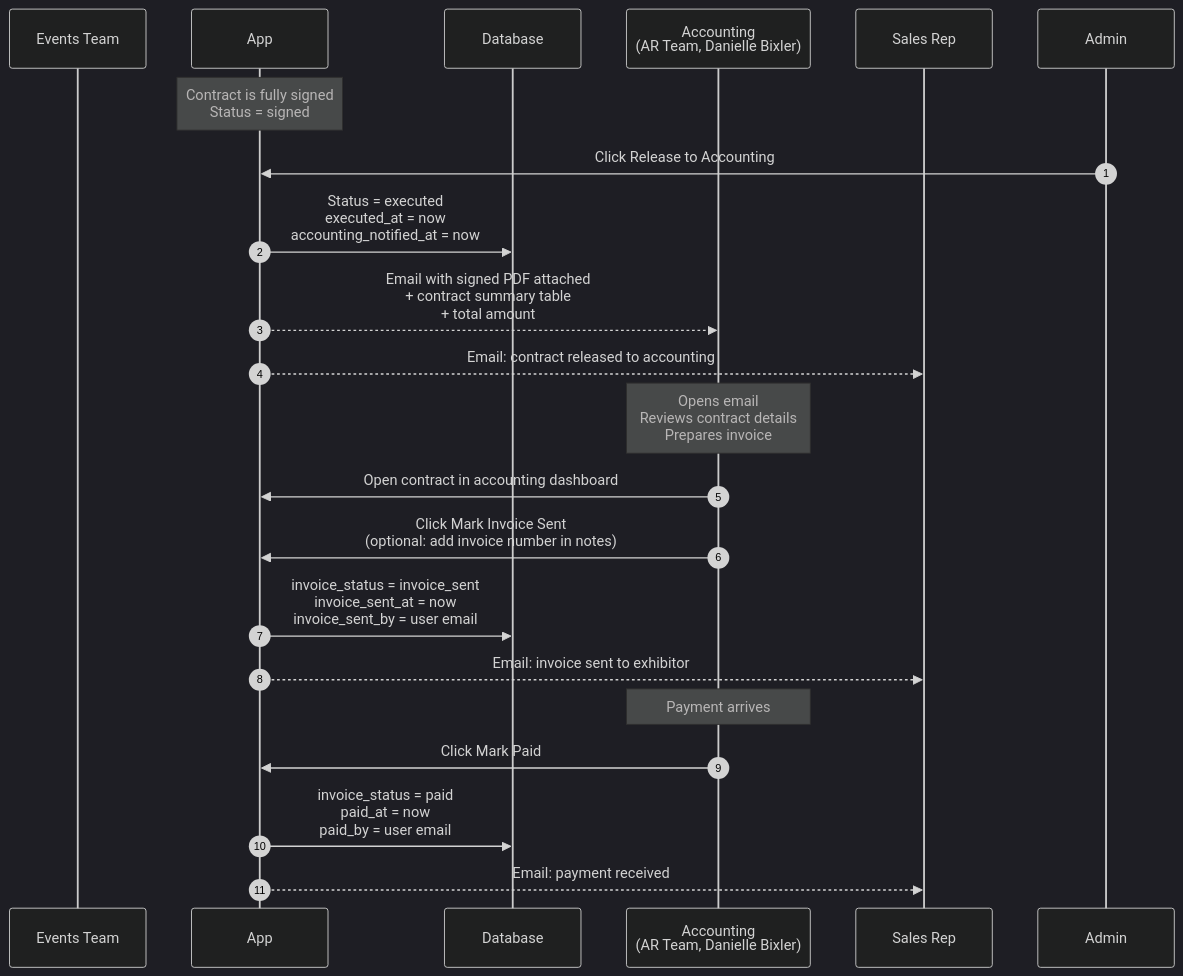
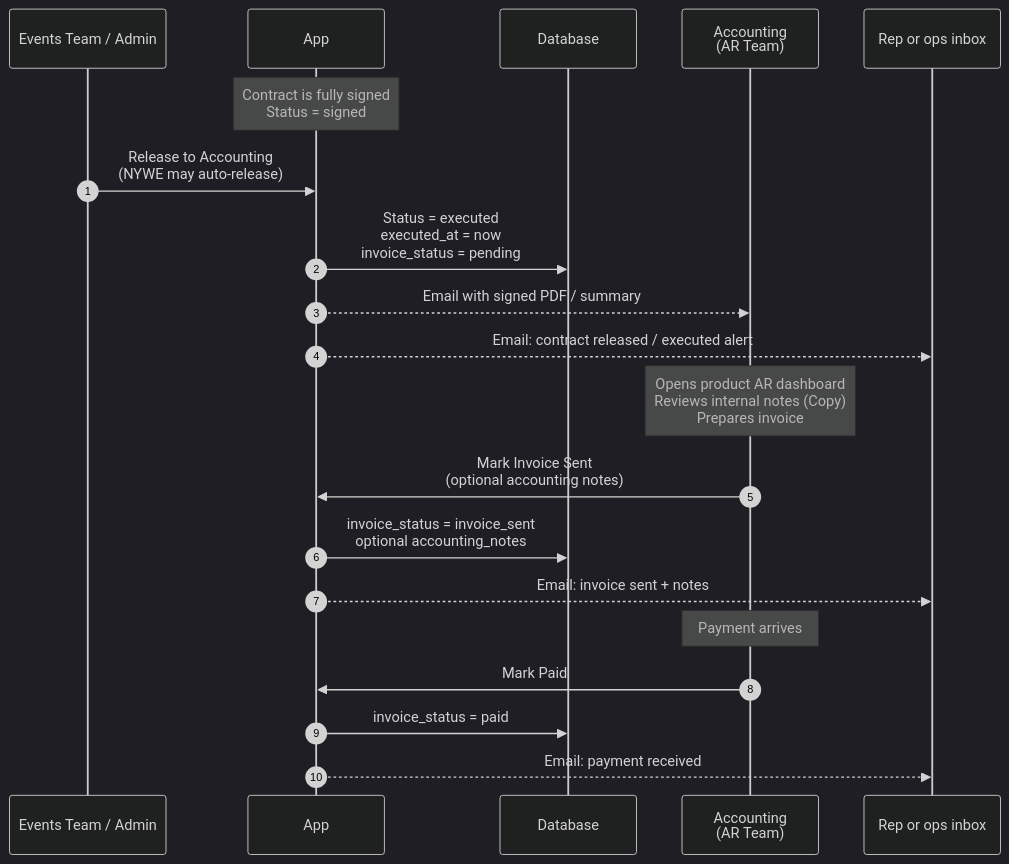
One commit to mcapace/whiskyfest-contracts changed the fourth of 8 diagrams in docs/WORKFLOW.md. Above: the diagram before and after it, drawn with Mermaid (dark theme). The commit also changed other lines of this file and 6 other files, not shown here.

First line of the commit message:
Document multi-portal flows with mermaid charts.

````diff
--- a/docs/WORKFLOW.md
+++ b/docs/WORKFLOW.md
@@ -177,28 +180,27 @@
 ```mermaid
 sequenceDiagram
     autonumber
-    participant Events as Events Team
+    participant Events as Events Team / Admin
     participant App
     participant DB as Database
-    participant Accounting as Accounting<br/>(AR Team, Danielle Bixler)
-    participant Rep as Sales Rep
+    participant Accounting as Accounting<br/>(AR Team)
+    participant Recipients as Rep or ops inbox
     
     Note over App: Contract is fully signed<br/>Status = signed
     
-    Admin->>App: Click Release to Accounting
-    App->>DB: Status = executed<br/>executed_at = now<br/>accounting_notified_at = now
-    App-->>Accounting: Email with signed PDF attached<br/>+ contract summary table<br/>+ total amount
-    App-->>Rep: Email: contract released to accounting
+    Events->>App: Release to Accounting<br/>(NYWE may auto-release)
+    App->>DB: Status = executed<br/>executed_at = now<br/>invoice_status = pending
+    App-->>Accounting: Email with signed PDF / summary
+    App-->>Recipients: Email: contract released / executed alert
     
-    Note over Accounting: Opens email<br/>Reviews contract details<br/>Prepares invoice
+    Note over Accounting: Opens product AR dashboard<br/>Reviews internal notes (Copy)<br/>Prepares invoice
     
-    Accounting->>App: Open contract in accounting dashboard
-    Accounting->>App: Click Mark Invoice Sent<br/>(optional: add invoice number in notes)
-    App->>DB: invoice_status = invoice_sent<br/>invoice_sent_at = now<br/>invoice_sent_by = user email
-    App-->>Rep: Email: invoice sent to exhibitor
+    Accounting->>App: Mark Invoice Sent<br/>(optional accounting notes)
+    App->>DB: invoice_status = invoice_sent<br/>optional accounting_notes
+    App-->>Recipients: Email: invoice sent + notes
     
     Note over Accounting: Payment arrives
-    Accounting->>App: Click Mark Paid
-    App->>DB: invoice_status = paid<br/>paid_at = now<br/>paid_by = user email
-    App-->>Rep: Email: payment received
+    Accounting->>App: Mark Paid
+    App->>DB: invoice_status = paid
+    App-->>Recipients: Email: payment received
 ```
````
